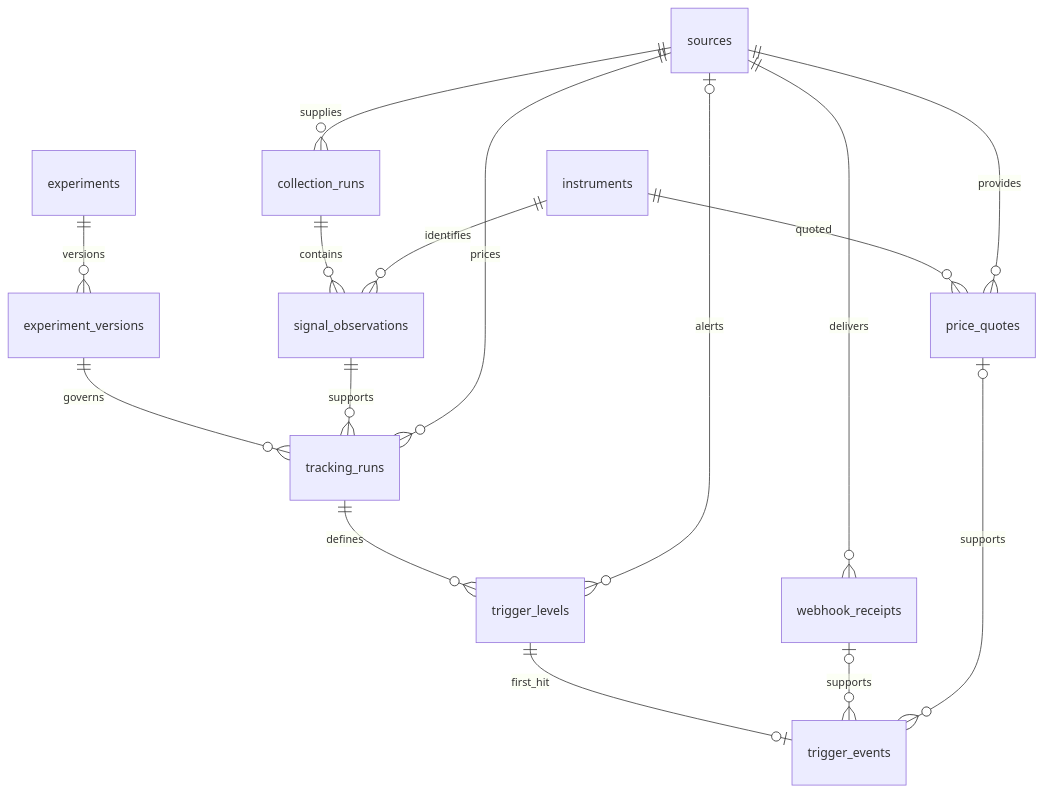
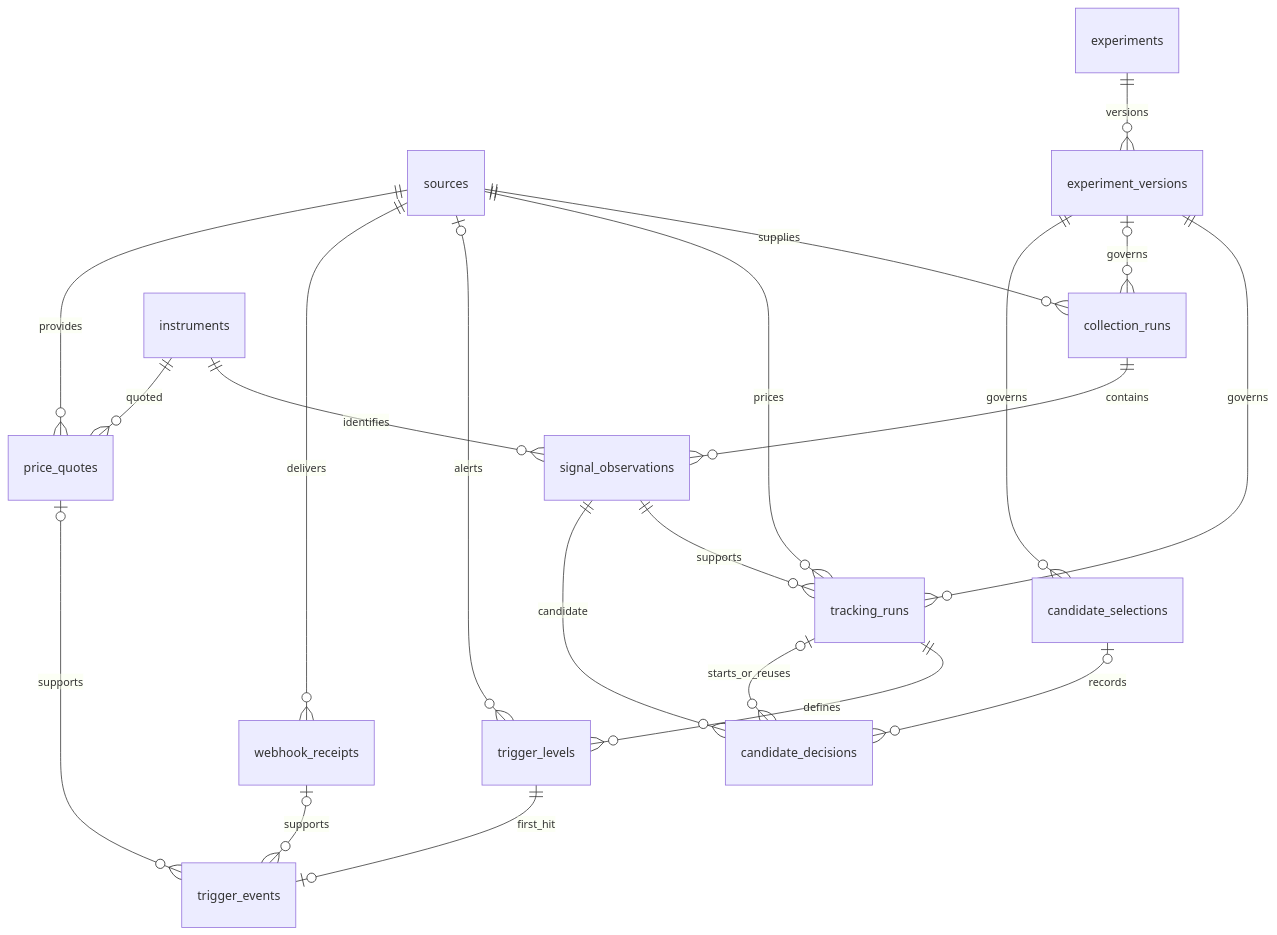
Before and after one commit to endrigomarco/stock-radar: the diagram in docs/database.md, drawn with Mermaid. The commit also changed other lines of this file and 50 other files, not shown here.

````diff
--- a/docs/database.md
+++ b/docs/database.md
@@ -37,18 +38,23 @@
 ```mermaid
 erDiagram
     sources ||--o{ collection_runs : supplies
     collection_runs ||--o{ signal_observations : contains
     instruments ||--o{ signal_observations : identifies
     experiments ||--o{ experiment_versions : versions
     experiment_versions ||--o{ tracking_runs : governs
     signal_observations ||--o{ tracking_runs : supports
     sources ||--o{ tracking_runs : prices
     tracking_runs ||--o{ trigger_levels : defines
     sources |o--o{ trigger_levels : alerts
     sources ||--o{ webhook_receipts : delivers
     trigger_levels ||--o| trigger_events : first_hit
     webhook_receipts |o--o{ trigger_events : supports
     price_quotes |o--o{ trigger_events : supports
+    experiment_versions |o--o{ collection_runs : governs
+    experiment_versions ||--o{ candidate_selections : governs
+    candidate_selections |o--o{ candidate_decisions : records
+    signal_observations ||--o{ candidate_decisions : candidate
+    tracking_runs |o--o{ candidate_decisions : starts_or_reuses
     instruments ||--o{ price_quotes : quoted
     sources ||--o{ price_quotes : provides
 ```
````
